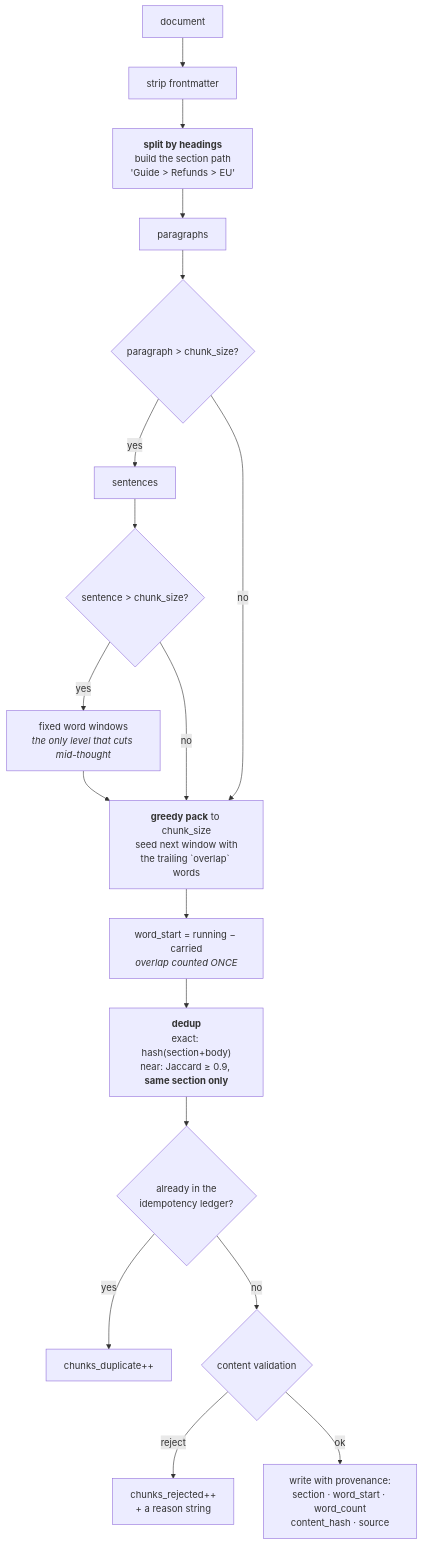
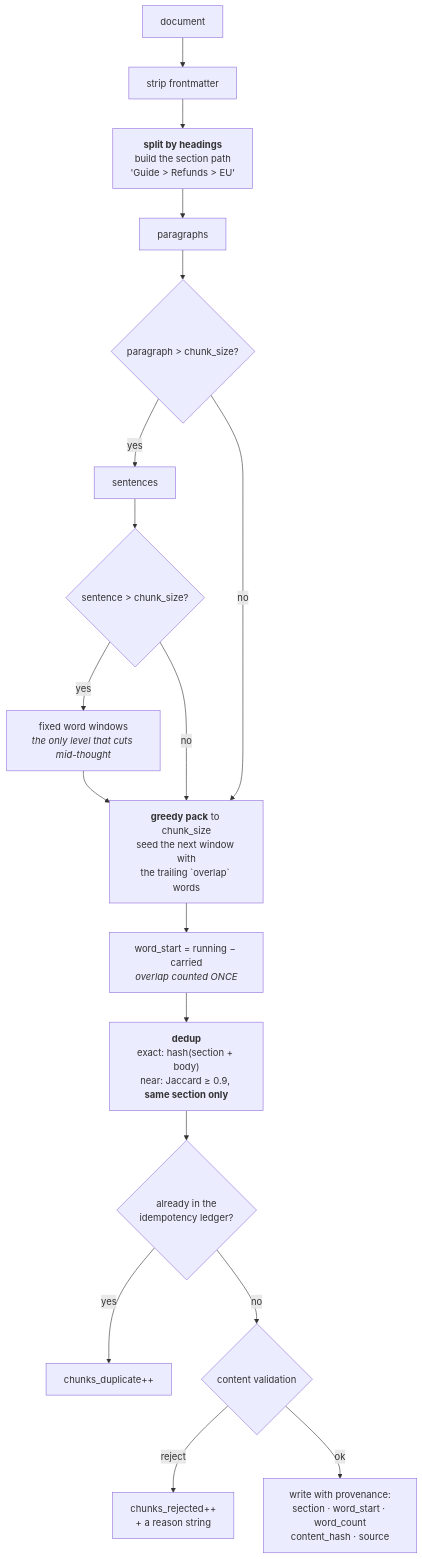
Before and after one commit to yrevash/aegis: the third of 5 diagrams in docs/teaching/retrieval/40-diagrams.md, drawn with Mermaid. The commit also changed other lines of this file and 111 other files, not shown here.

````diff
--- a/docs/teaching/retrieval/40-diagrams.md
+++ b/docs/teaching/retrieval/40-diagrams.md
@@ -131,21 +86,21 @@
 ```mermaid
 flowchart TB
     D["document"] --> FM["strip frontmatter"]
     FM --> SEC["<b>split by headings</b><br/>build the section path<br/>'Guide > Refunds > EU'"]
     SEC --> PARA["paragraphs"]
     PARA --> OVER{"paragraph > chunk_size?"}
     OVER -->|yes| SENT["sentences"]
     SENT --> MEGA{"sentence > chunk_size?"}
     MEGA -->|yes| WIN["fixed word windows<br/><i>the only level that cuts mid-thought</i>"]
     MEGA -->|no| PACK
-    OVER -->|no| PACK["<b>greedy pack</b> to chunk_size<br/>seed next window with<br/>the trailing `overlap` words"]
+    OVER -->|no| PACK["<b>greedy pack</b> to chunk_size<br/>seed the next window with<br/>the trailing `overlap` words"]
     WIN --> PACK
 
     PACK --> OFF["word_start = running − carried<br/><i>overlap counted ONCE</i>"]
-    OFF --> DED["<b>dedup</b><br/>exact: hash(section+body)<br/>near: Jaccard ≥ 0.9, <b>same section only</b>"]
+    OFF --> DED["<b>dedup</b><br/>exact: hash(section + body)<br/>near: Jaccard ≥ 0.9, <b>same section only</b>"]
     DED --> LED{"already in the<br/>idempotency ledger?"}
     LED -->|yes| DUP["chunks_duplicate++"]
     LED -->|no| VAL{"content validation"}
     VAL -->|reject| REJ["chunks_rejected++<br/>+ a reason string"]
     VAL -->|ok| WRITE["write with provenance:<br/>section · word_start · word_count<br/>content_hash · source"]
 ```
````
